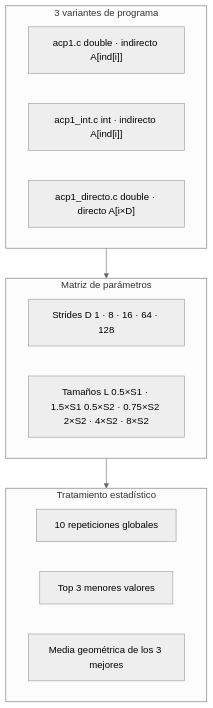
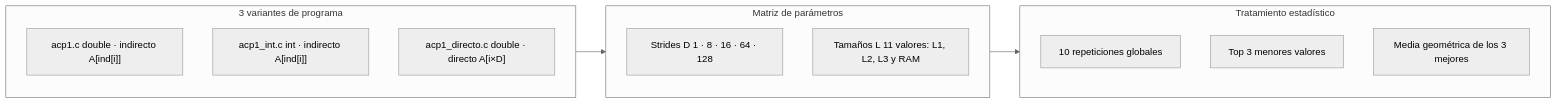
Before and after one commit to Alvaro-USC/ArqComp-Practica1: the second of 5 diagrams in RESULTS.md, drawn with Mermaid (neutral theme). The commit also changed other lines of this file and 4 other files, not shown here.

````diff
--- a/RESULTS.md
+++ b/RESULTS.md
@@ -64,21 +60,21 @@
 ```mermaid
-flowchart TD
+flowchart LR
     subgraph Variantes["3 variantes de programa"]
         A["acp1.c double · indirecto A[ind[i]]"]
         B["acp1_int.c int · indirecto A[ind[i]]"]
         C["acp1_directo.c double · directo A[i×D]"]
     end
 
     subgraph Params["Matriz de parámetros"]
         D["Strides D 1 · 8 · 16 · 64 · 128"]
-        L["Tamaños L 0.5×S1 · 1.5×S1 0.5×S2 · 0.75×S2 2×S2 · 4×S2 · 8×S2"]
+        L["Tamaños L 11 valores: L1, L2, L3 y RAM"]
     end
 
     subgraph Stats["Tratamiento estadístico"]
         R["10 repeticiones globales"]
         T["Top 3 menores valores"]
         G["Media geométrica de los 3 mejores"]
     end
 
     Variantes --> Params --> Stats
 ```
````
